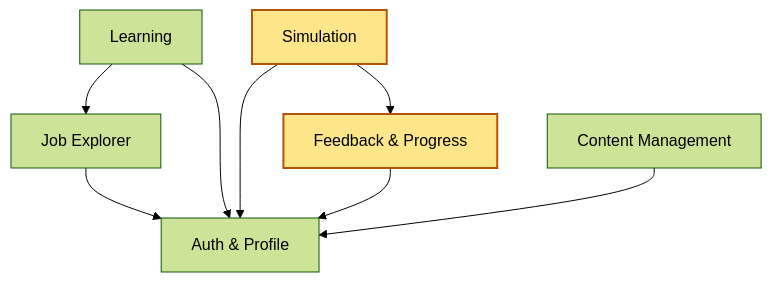
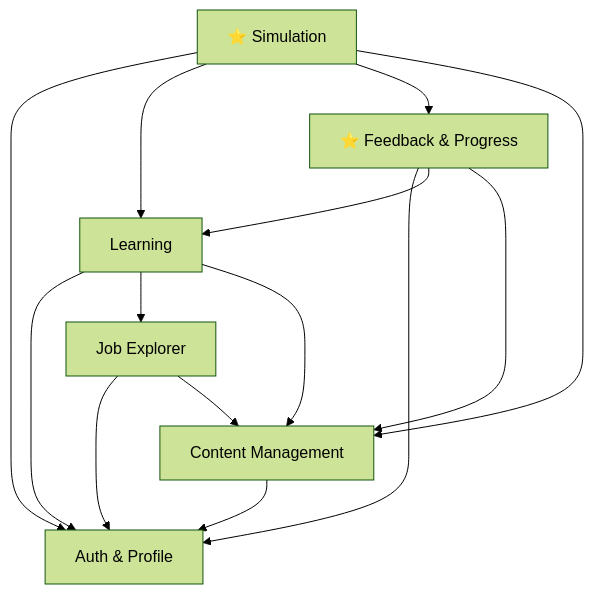
Before and after one commit to AZZAMAF/Belajar.id_UAS_SDF: the diagram in docs/D2.md, drawn with Mermaid (forest theme). The commit also changed other lines of this file, not shown here.

````diff
--- a/docs/D2.md
+++ b/docs/D2.md
@@ -82,20 +80,23 @@
 ```mermaid
 flowchart TD
     AUTH[Auth & Profile]
     JOB[Job Explorer]
     LRN[Learning]
-    SIM[Simulation]
-    FP[Feedback & Progress]
+    SIM[⭐ Simulation]
+    FP[⭐ Feedback & Progress]
     CM[Content Management]
 
     JOB --> AUTH
+    JOB --> CM
     LRN --> AUTH
     LRN --> JOB
+    LRN --> CM
     SIM --> AUTH
+    SIM --> LRN
     SIM --> FP
+    SIM --> CM
     FP --> AUTH
+    FP --> LRN
+    FP --> CM
     CM --> AUTH
-
-    classDef core fill:#fde68a,stroke:#b45309,stroke-width:2px,color:#000;
-    class SIM,FP core;
 ```
````
